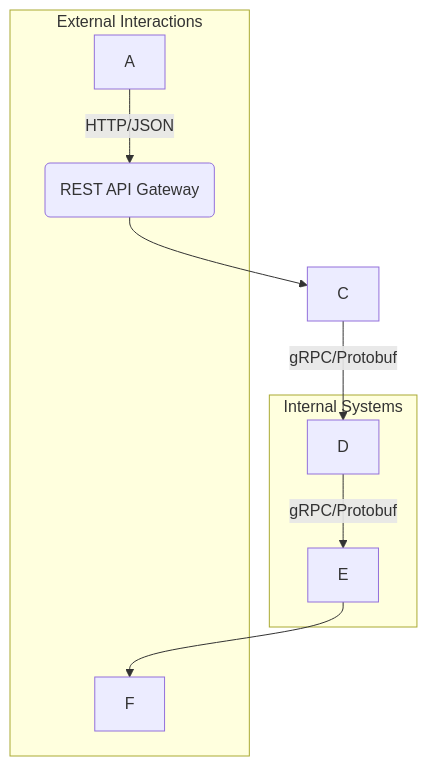
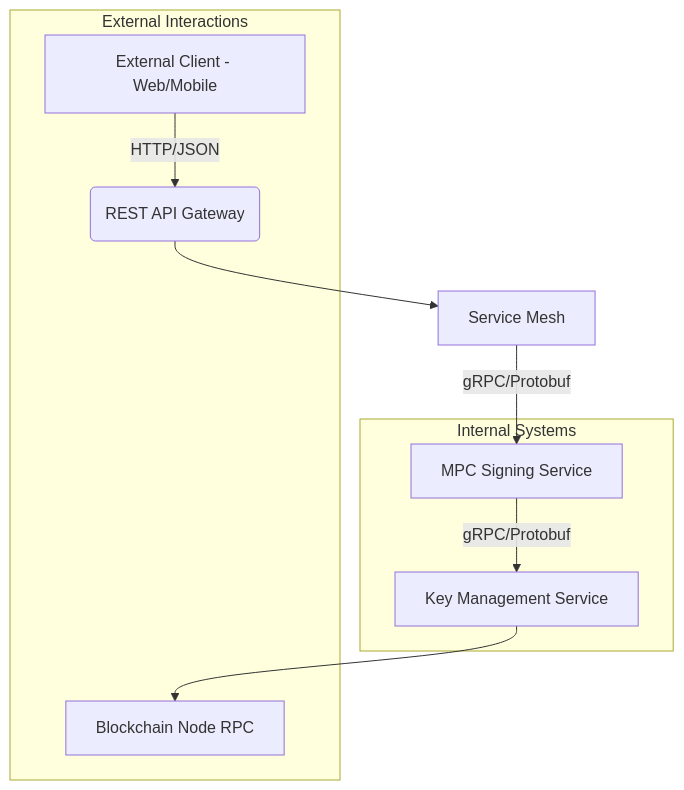
Before and after one commit to ljg-cqu/knowledge: the fifth of 5 diagrams in Workplace/Interview/Blockchain/Posts/MPCWalletEngineer/Architecture/LinerSDR.md, drawn with Mermaid. The commit also changed other lines of this file and 12 other files, not shown here.

First line of the commit message:
Refactor MPC Wallet Architecture Documentation

````diff
--- a/Workplace/Interview/Blockchain/Posts/MPCWalletEngineer/Architecture/LinerSDR.md
+++ b/Workplace/Interview/Blockchain/Posts/MPCWalletEngineer/Architecture/LinerSDR.md
@@ -547,18 +673,34 @@
 ```mermaid
+
 graph TD
-    A -->|HTTP/JSON| B(REST API Gateway)
-    B --> C
-    C -- gRPC/Protobuf --> D
-    D -- gRPC/Protobuf --> E
-    E --> F
+    A[External Client - Web/Mobile] -->|HTTP/JSON| B(REST API Gateway)
+    B --> C[Service Mesh]
+    C -- gRPC/Protobuf --> D[MPC Signing Service]
+    D -- gRPC/Protobuf --> E[Key Management Service]
+    E --> F[Blockchain Node RPC]
 
     subgraph Internal Systems
         D
         E
     end
     subgraph External Interactions
         A
         B
         F
     end
+
+
+
+
+
+
+
+
+
+
+
+
+
+
+
 ```
````
